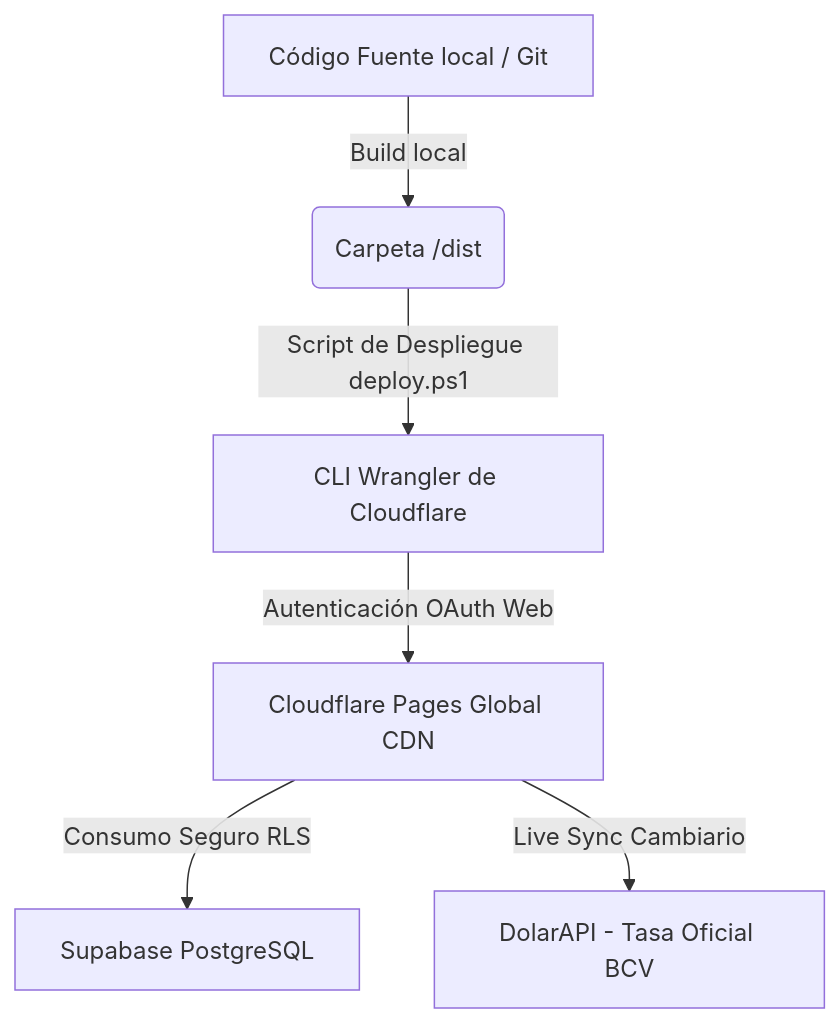
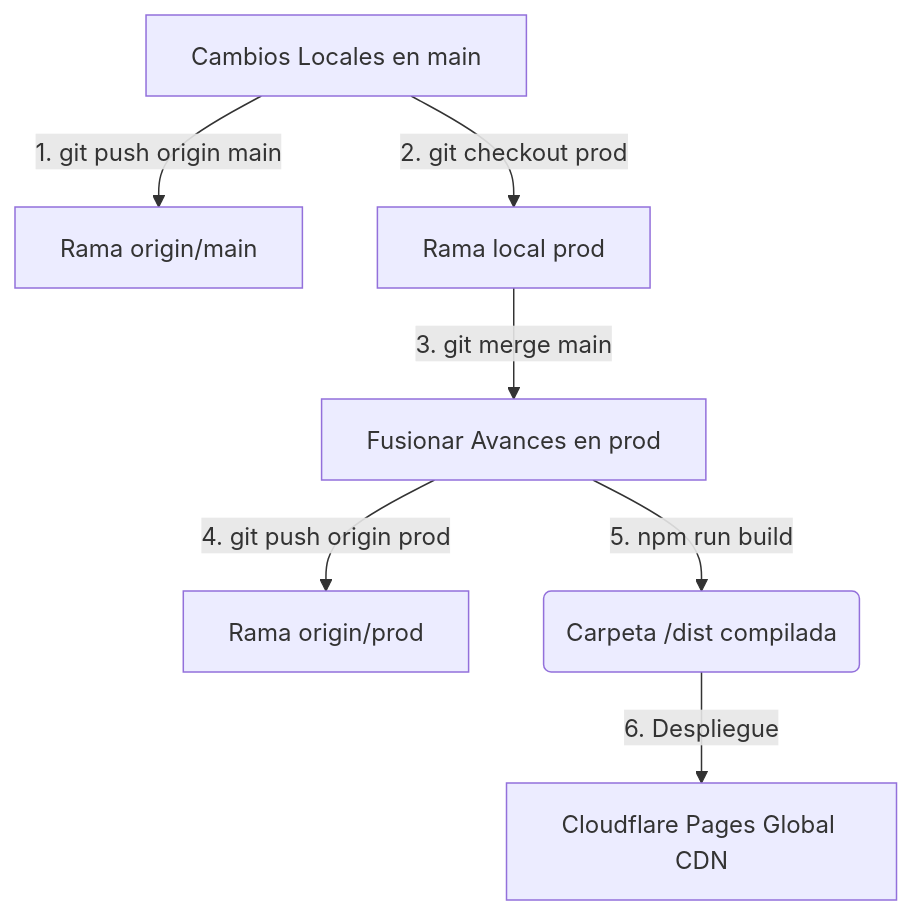
The diagram in DEPLOYMENT.md (henryecamposs/dshopping-lite), drawn with Mermaid before and after one commit. The commit also changed other lines of this file and 8 other files, not shown here.

Commit message:
docs: actualizar skill de despliegue a una herramienta generica de branches (main/prod) y CDN

````diff
--- a/DEPLOYMENT.md
+++ b/DEPLOYMENT.md
@@ -10,8 +11,9 @@
 ```mermaid
 graph TD
-    A[Código Fuente local / Git] -->|Build local| B(Carpeta /dist)
-    B -->|Script de Despliegue deploy.ps1| C[CLI Wrangler de Cloudflare]
-    C -->|Autenticación OAuth Web| D[Cloudflare Pages Global CDN]
-    D -->|Consumo Seguro RLS| E[Supabase PostgreSQL]
-    D -->|Live Sync Cambiario| F[DolarAPI - Tasa Oficial BCV]
+    A[Cambios Locales en main] -->|1. git push origin main| B[Rama origin/main]
+    A -->|2. git checkout prod| C[Rama local prod]
+    C -->|3. git merge main| D[Fusionar Avances en prod]
+    D -->|4. git push origin prod| E[Rama origin/prod]
+    D -->|5. npm run build| F(Carpeta /dist compilada)
+    F -->|6. Despliegue| G[Cloudflare Pages Global CDN]
 ```
````
